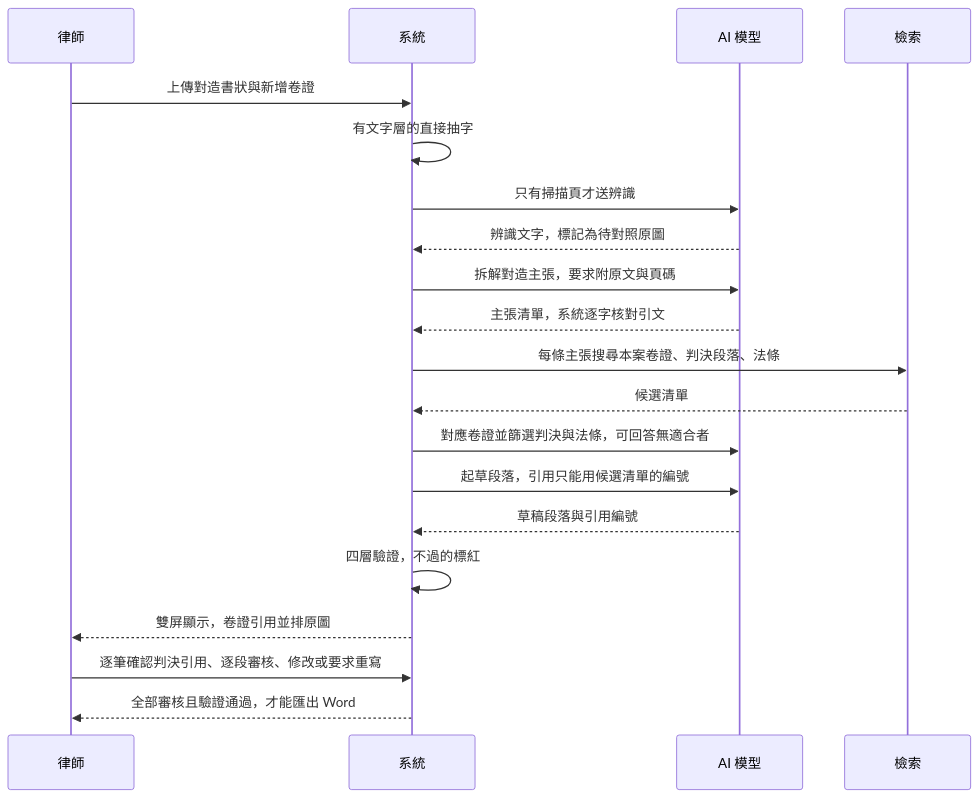
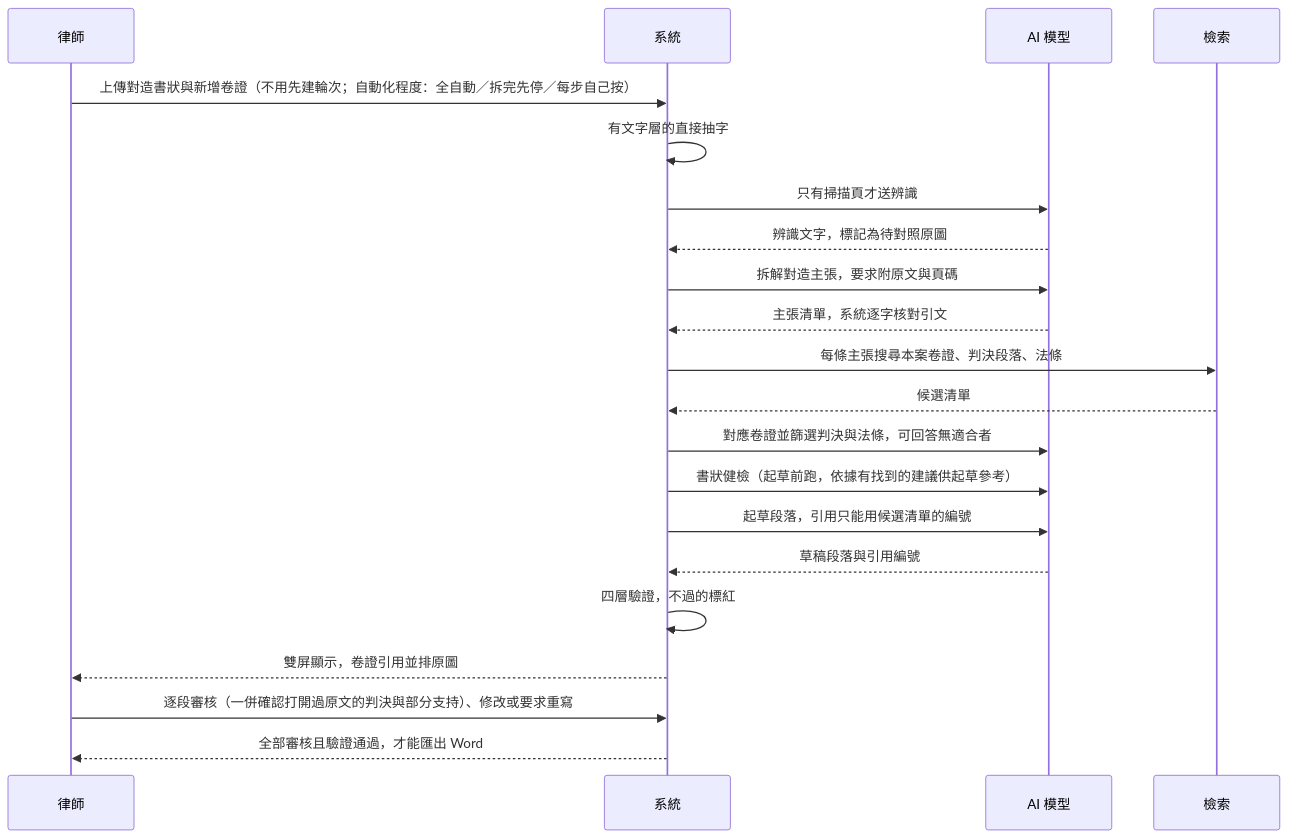
The second of 3 diagrams in docs/spec.md (david000tw/legaltech-demo), drawn with Mermaid before and after one commit. The commit also changed other lines of this file and 2 other files, not shown here.

````diff
--- a/docs/spec.md
+++ b/docs/spec.md
@@ -161,22 +161,23 @@
 ```mermaid
 sequenceDiagram
   participant L as 律師
   participant S as 系統
   participant AI as AI 模型
   participant Q as 檢索
-  L->>S: 上傳對造書狀與新增卷證
+  L->>S: 上傳對造書狀與新增卷證（不用先建輪次；自動化程度：全自動／拆完先停／每步自己按）
   S->>S: 有文字層的直接抽字
   S->>AI: 只有掃描頁才送辨識
   AI-->>S: 辨識文字，標記為待對照原圖
   S->>AI: 拆解對造主張，要求附原文與頁碼
   AI-->>S: 主張清單，系統逐字核對引文
   S->>Q: 每條主張搜尋本案卷證、判決段落、法條
   Q-->>S: 候選清單
   S->>AI: 對應卷證並篩選判決與法條，可回答無適合者
+  S->>AI: 書狀健檢（起草前跑，依據有找到的建議供起草參考）
   S->>AI: 起草段落，引用只能用候選清單的編號
   AI-->>S: 草稿段落與引用編號
   S->>S: 四層驗證，不過的標紅
   S-->>L: 雙屏顯示，卷證引用並排原圖
-  L->>S: 逐筆確認判決引用、逐段審核、修改或要求重寫
+  L->>S: 逐段審核（一併確認打開過原文的判決與部分支持）、修改或要求重寫
   S-->>L: 全部審核且驗證通過，才能匯出 Word
 ```
````
